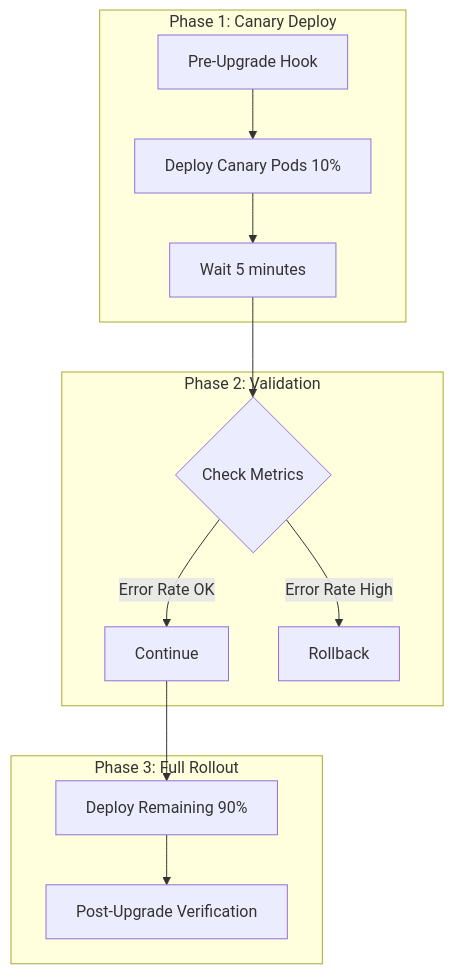
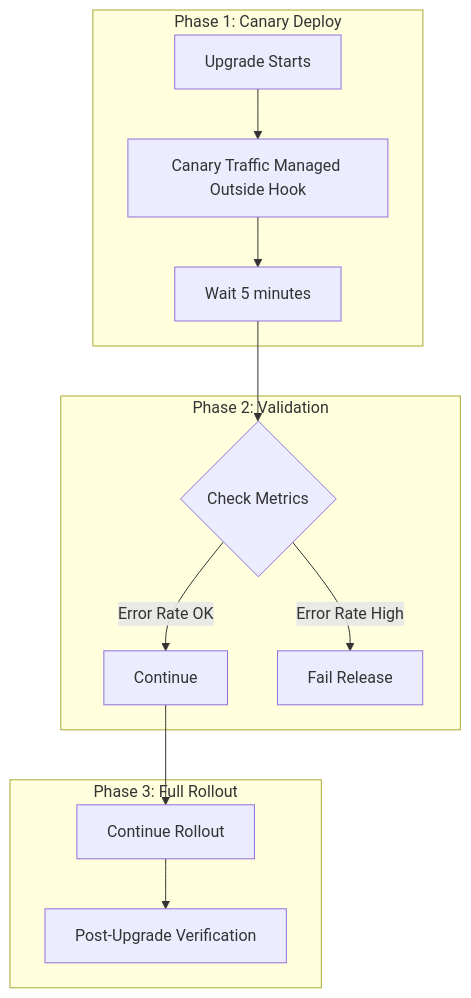
The fourth of 6 diagrams in posts/2026-01-30-helm-hooks-advanced/README.md (OneUptime/blog), drawn with Mermaid before and after one commit. The commit also changed other lines of this file and 2 other files, not shown here.

````diff
--- a/posts/2026-01-30-helm-hooks-advanced/README.md
+++ b/posts/2026-01-30-helm-hooks-advanced/README.md
@@ -328,18 +330,18 @@
 ```mermaid
 flowchart TB
     subgraph Phase1["Phase 1: Canary Deploy"]
-        A[Pre-Upgrade Hook] --> B[Deploy Canary Pods 10%]
+        A[Upgrade Starts] --> B[Canary Traffic Managed Outside Hook]
         B --> C[Wait 5 minutes]
     end
 
     subgraph Phase2["Phase 2: Validation"]
         C --> D{Check Metrics}
         D -->|Error Rate OK| E[Continue]
-        D -->|Error Rate High| F[Rollback]
+        D -->|Error Rate High| F[Fail Release]
     end
 
     subgraph Phase3["Phase 3: Full Rollout"]
-        E --> G[Deploy Remaining 90%]
+        E --> G[Continue Rollout]
         G --> H[Post-Upgrade Verification]
     end
 ```
````
